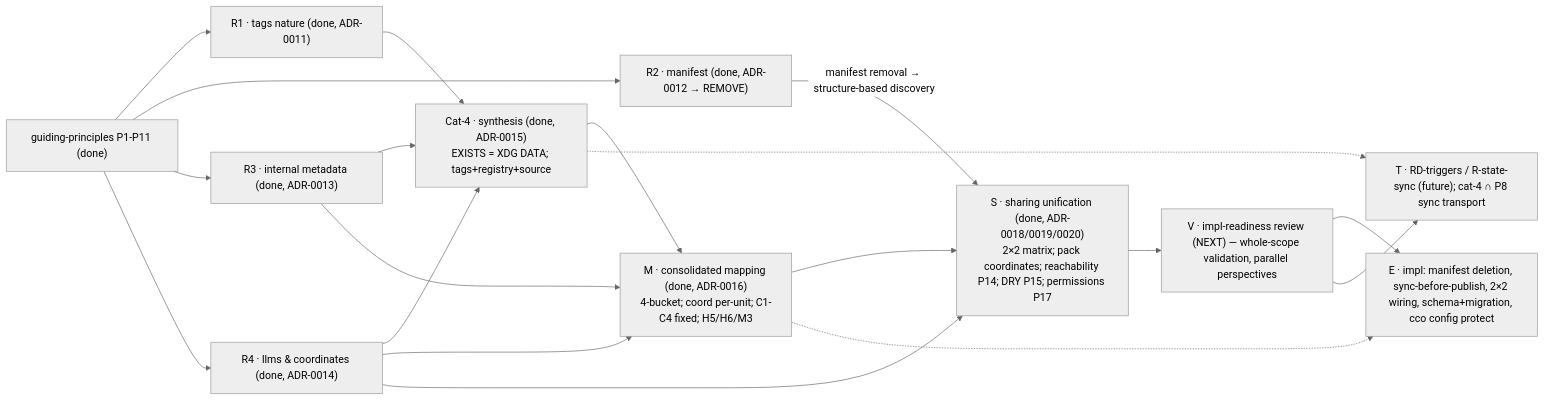
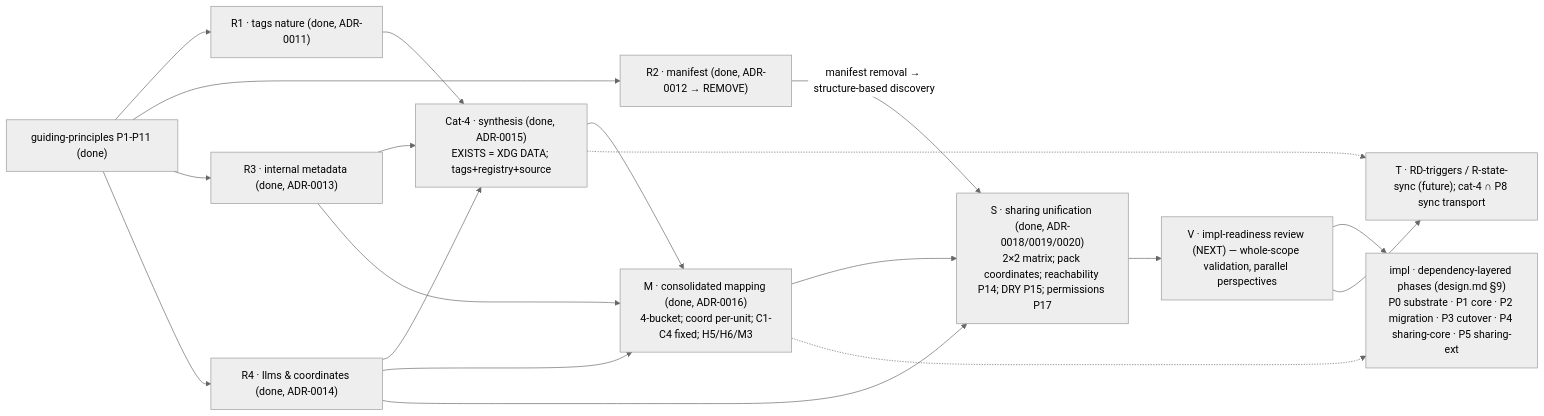
Before and after one commit to alergyonthestage/claude-orchestrator: the diagram in docs/maintainer/configuration/decentralized-config/analysis-roadmap.md, drawn with Mermaid (neutral theme). The commit also changed other lines of this file and 3 other files, not shown here.

````diff
--- a/docs/maintainer/configuration/decentralized-config/analysis-roadmap.md
+++ b/docs/maintainer/configuration/decentralized-config/analysis-roadmap.md
@@ -242,21 +249,21 @@
 ```mermaid
 flowchart LR
   P["guiding-principles P1-P11 (done)"] --> R1["R1 · tags nature (done, ADR-0011)"]
   P --> R2["R2 · manifest (done, ADR-0012 → REMOVE)"]
   P --> R3["R3 · internal metadata (done, ADR-0013)"]
   P --> R4["R4 · llms & coordinates (done, ADR-0014)"]
   R1 --> C4["Cat-4 · synthesis (done, ADR-0015)<br/>EXISTS = XDG DATA; tags+registry+source"]
   R3 --> C4
   R4 --> C4
   C4 --> M["M · consolidated mapping (done, ADR-0016)<br/>4-bucket; coord per-unit; C1-C4 fixed; H5/H6/M3"]
   R3 --> M
   R4 --> M
   R4 --> S["S · sharing unification (done, ADR-0018/0019/0020)<br/>2×2 matrix; pack coordinates; reachability P14; DRY P15; permissions P17"]
   R2 -- "manifest removal → structure-based discovery" --> S
   M --> S
   C4 -.-> T["T · RD-triggers / R-state-sync (future); cat-4 ∩ P8 sync transport"]
   S --> V["V · impl-readiness review (NEXT) — whole-scope validation, parallel perspectives"]
-  V --> E["E · impl: manifest deletion, sync-before-publish, 2×2 wiring, schema+migration, cco config protect"]
+  V --> E["impl · dependency-layered phases (design.md §9)<br/>P0 substrate · P1 core · P2 migration · P3 cutover · P4 sharing-core · P5 sharing-ext"]
   V --> T
   M -.-> E
 ```
````
